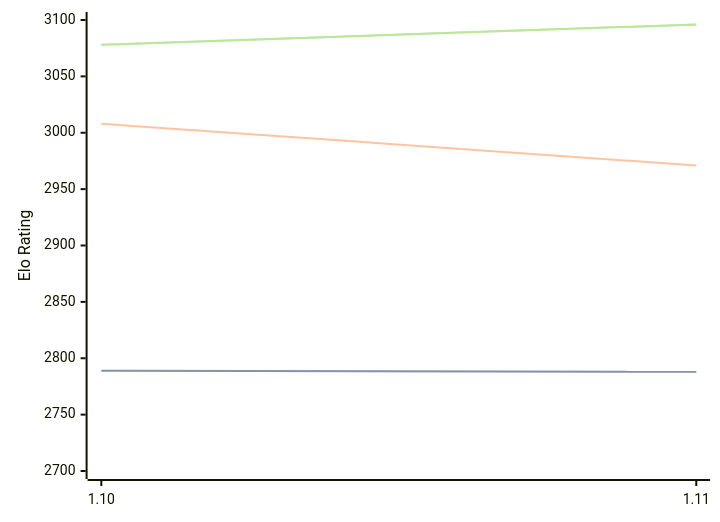
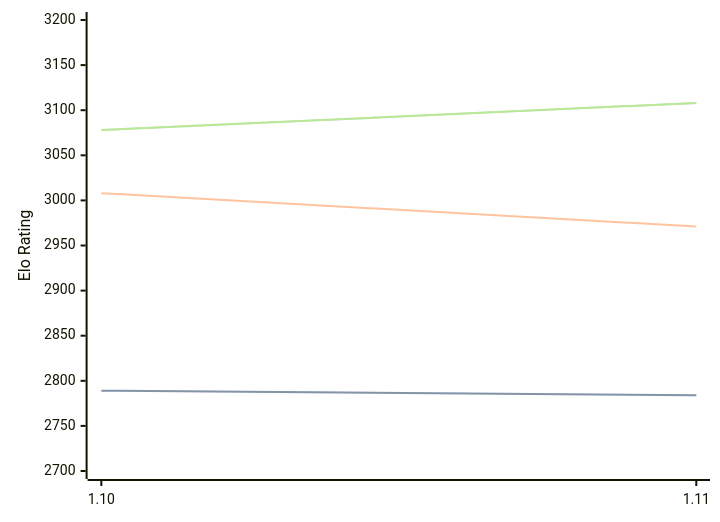
Before and after one commit to computer-chess-index/cci: the diagram in engines/Roc.md, drawn with Mermaid. The commit also changed other lines of this file, not shown here.

Commit message:
Update CCI Ratings (ELO VLTC) - 2026-05-15

````diff
--- a/engines/Roc.md
+++ b/engines/Roc.md
@@ -65,11 +65,11 @@
 ```mermaid
 %%{init: {"theme":"base","themeVariables":{"seriesColors:['#a3a3a3','#222221','#faa371']}}}%%
 xychart-beta
   x-axis ["1.10", "1.11"]
-  y-axis "Elo Rating" 2700 --> 3100
-  line "STC (8.0+0.08s)" [2789, 2788]
-  line "STC (8.0+0.08s)" [2789, 2788]
+  y-axis "Elo Rating" 2700 --> 3200
+  line "STC (8.0+0.08s)" [2789, 2784]
+  line "STC (8.0+0.08s)" [2789, 2784]
   line "LTC (60.0+0.60s)" [3008, 2971]
-  line "VLTC (2m24s+1.12s)" [3078, 3096]
-  line "VLTC (2m24s+1.12s)" [3078, 3096]
+  line "VLTC (2m24s+1.12s)" [3078, 3108]
+  line "VLTC (2m24s+1.12s)" [3078, 3108]
 ```
````
